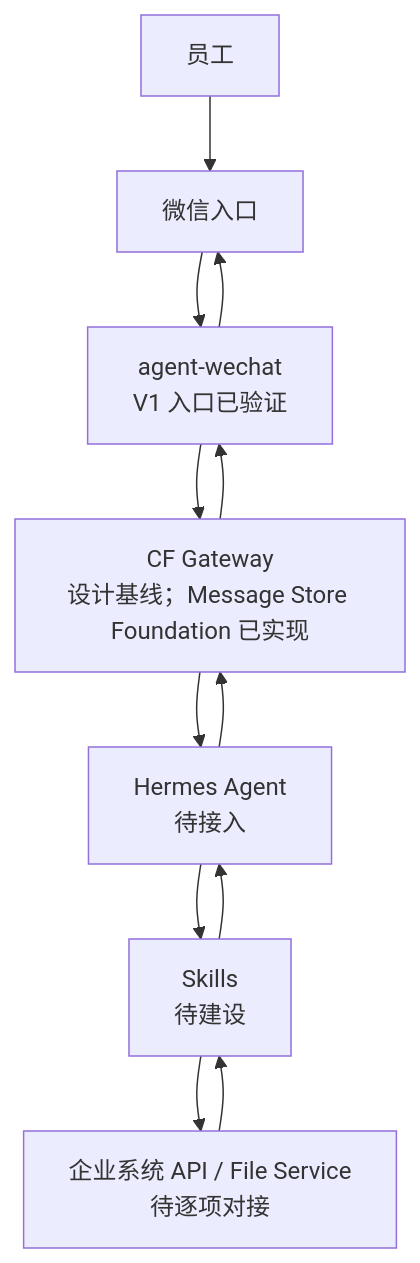
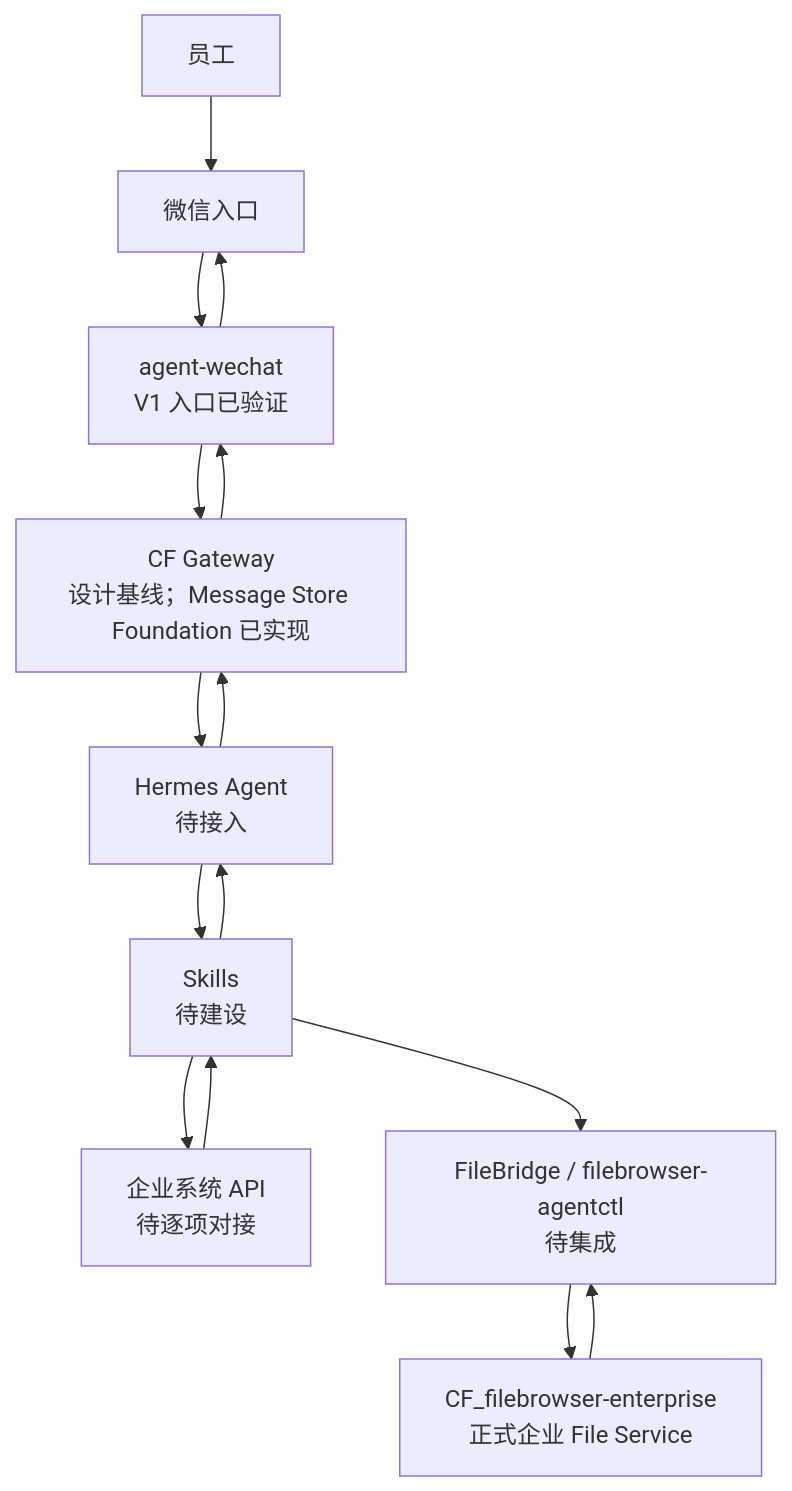
The first of 2 diagrams in architecture/ai-system-overview.md (Tangbohu09527/CF_ecommerce-automation-docs), drawn with Mermaid before and after one commit. The commit also changed other lines of this file and 9 other files, not shown here.

````diff
--- a/architecture/ai-system-overview.md
+++ b/architecture/ai-system-overview.md
@@ -19,10 +19,13 @@
 ```mermaid
 flowchart TB
     E["员工"] --> W["微信入口"]
     W --> A["agent-wechat<br/>V1 入口已验证"]
     A --> G["CF Gateway<br/>设计基线；Message Store Foundation 已实现"]
     G --> H["Hermes Agent<br/>待接入"]
     H --> S["Skills<br/>待建设"]
-    S --> B["企业系统 API / File Service<br/>待逐项对接"]
+    S --> B["企业系统 API<br/>待逐项对接"]
+    S --> C["FileBridge / filebrowser-agentctl<br/>待集成"]
+    C --> F["CF_filebrowser-enterprise<br/>正式企业 File Service"]
     B --> S --> H --> G --> A --> W
+    F --> C
 ```
````
